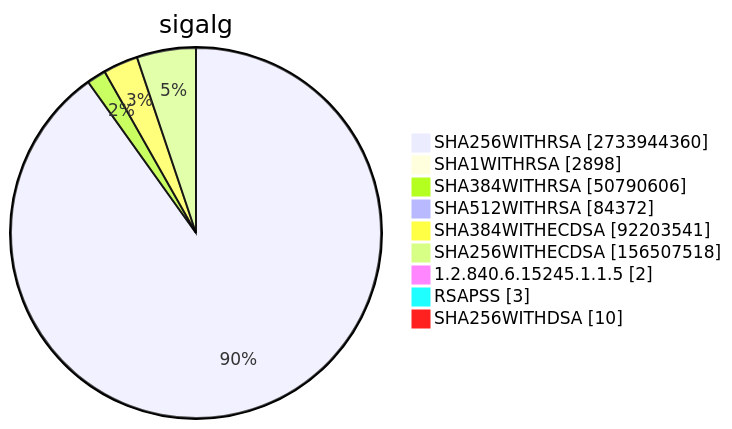
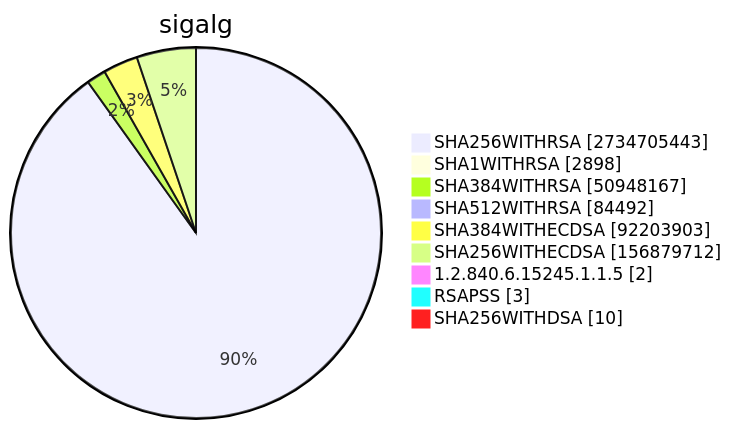
Diagram 15 of 15 in TOTAL/README.md (christiankrug/ctmonitor_visualization), drawn with Mermaid before and after one commit. The commit also changed other lines of this file, not shown here.

````diff
--- a/TOTAL/README.md
+++ b/TOTAL/README.md
@@ -6199,13 +6199,13 @@
 ```mermaid
 pie showData
 title sigalg
-"SHA256WITHRSA" :2733944360
+"SHA256WITHRSA" :2734705443
 "SHA1WITHRSA" :2898
-"SHA384WITHRSA" :50790606
-"SHA512WITHRSA" :84372
-"SHA384WITHECDSA" :92203541
-"SHA256WITHECDSA" :156507518
+"SHA384WITHRSA" :50948167
+"SHA512WITHRSA" :84492
+"SHA384WITHECDSA" :92203903
+"SHA256WITHECDSA" :156879712
 "1.2.840.6.15245.1.1.5" :2
 "RSAPSS" :3
 "SHA256WITHDSA" :10
 ```
````
